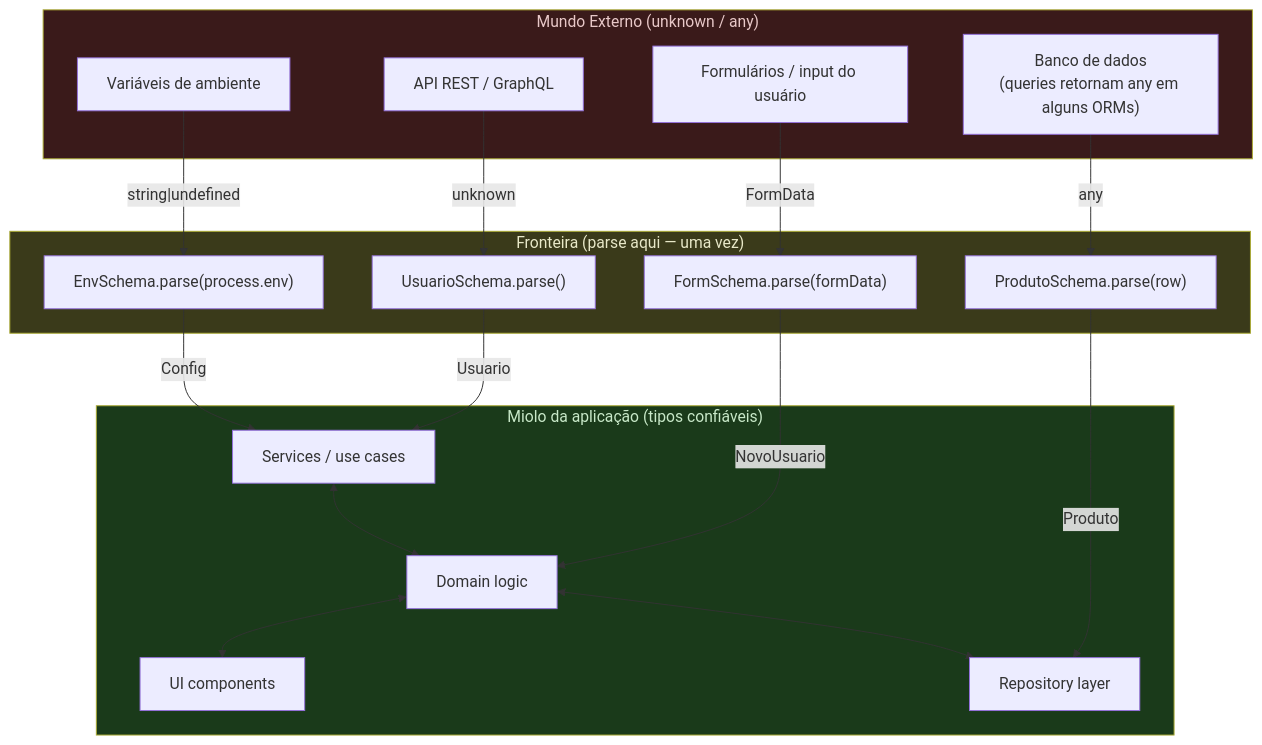
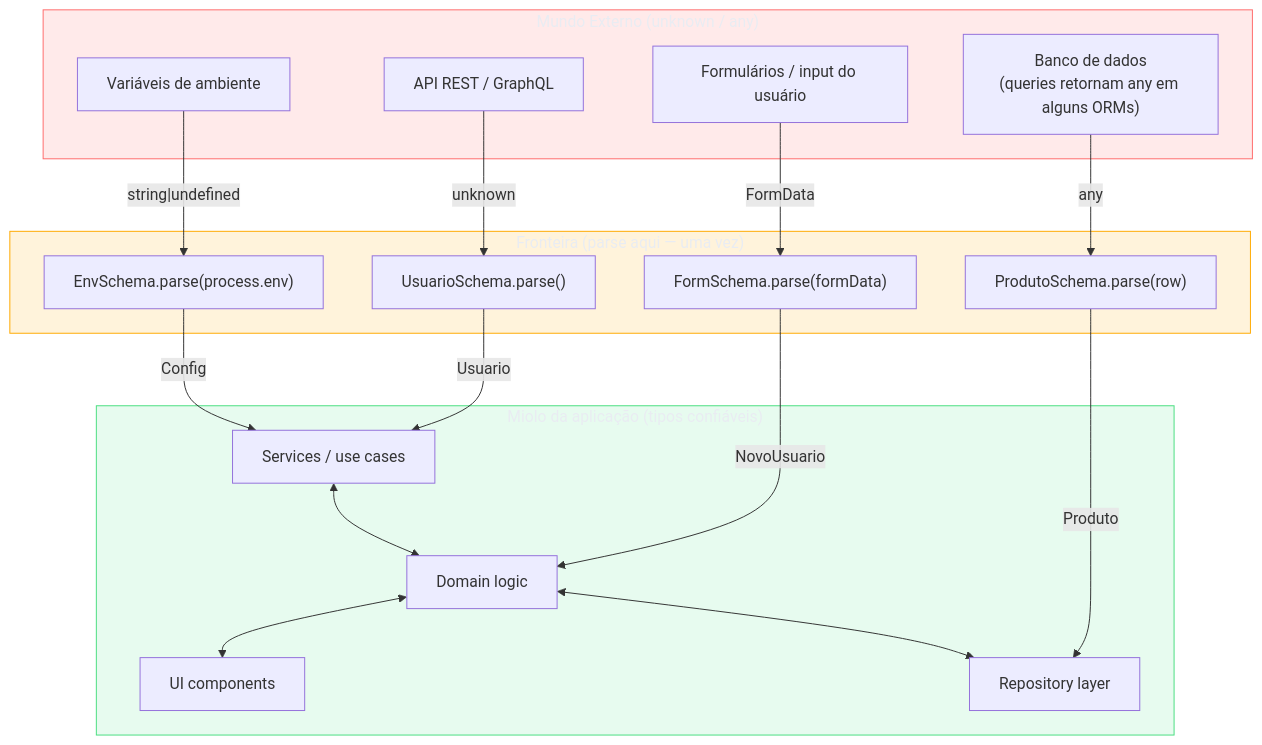
Before and after one commit to josenaldo/codex-technomanticus: the fifth of 6 diagrams in 03-Dominios/Tecnologia/TypeScript/23 - A fronteira type↔runtime - parse, don't validate.md, drawn with Mermaid. The commit also changed other lines of this file and 1181 other files, not shown here.

First line of the commit message:
fix(diagramas): paleta do sistema no lugar de cor cravada no markdown

````diff
--- a/03-Dominios/Tecnologia/TypeScript/23 - A fronteira type↔runtime - parse, don't validate.md
+++ b/03-Dominios/Tecnologia/TypeScript/23 - A fronteira type↔runtime - parse, don't validate.md
@@ -505,36 +511,39 @@
 ```mermaid
 flowchart TB
+    classDef destaque fill:#FFAA0024,stroke:#FFAA00,color:#E9ECF2
+    classDef ok fill:#4ADE8021,stroke:#4ADE80,color:#E9ECF2
+    classDef falha fill:#FF6B6B24,stroke:#FF6B6B,color:#E9ECF2
     subgraph Externo["Mundo Externo (unknown / any)"]
         API["API REST / GraphQL"]
         ENV["Variáveis de ambiente"]
         DB["Banco de dados\n(queries retornam any em alguns ORMs)"]
         FORM["Formulários / input do usuário"]
     end
 
     subgraph Fronteira["Fronteira (parse aqui — uma vez)"]
         P1["UsuarioSchema.parse()"]
         P2["EnvSchema.parse(process.env)"]
         P3["ProdutoSchema.parse(row)"]
         P4["FormSchema.parse(formData)"]
     end
 
     subgraph Miolo["Miolo da aplicação (tipos confiáveis)"]
         S1["Services / use cases"]
         S2["Domain logic"]
         S3["UI components"]
         S4["Repository layer"]
     end
 
     API -->|"unknown"| P1 -->|"Usuario"| S1
     ENV -->|"string|undefined"| P2 -->|"Config"| S1
     DB -->|"any"| P3 -->|"Produto"| S4
     FORM -->|"FormData"| P4 -->|"NovoUsuario"| S2
 
     S1 <--> S2
     S2 <--> S3
     S2 <--> S4
 
-    style Fronteira fill:#3a3a1a,color:#e8e8c8
-    style Miolo fill:#1a3a1a,color:#c8e8c8
-    style Externo fill:#3a1a1a,color:#e8c8c8
+    class Fronteira destaque
+    class Miolo ok
+    class Externo falha
 ```
````
